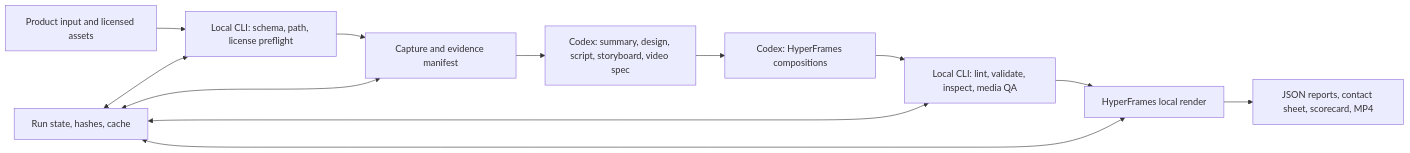
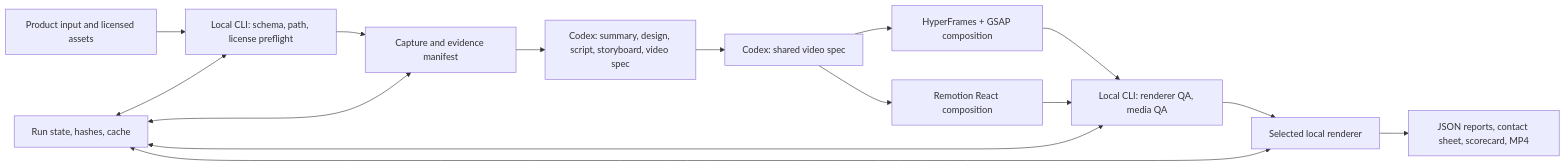
One commit to yangjing6213-dev/Product-video changed the diagram in docs/architecture/MVP-ARCHITECTURE.md. Above: the diagram before and after it, drawn with Mermaid. The commit also changed other lines of this file and 73 other files, not shown here.

Commit message:
feat: add optional Remotion renderer

````diff
--- a/docs/architecture/MVP-ARCHITECTURE.md
+++ b/docs/architecture/MVP-ARCHITECTURE.md
@@ -7,14 +7,17 @@
 ```mermaid
 flowchart LR
   I[Product input and licensed assets] --> V[Local CLI: schema, path, license preflight]
   V --> C[Capture and evidence manifest]
   C --> A[Codex: summary, design, script, storyboard, video spec]
-  A --> H[Codex: HyperFrames compositions]
-  H --> Q[Local CLI: lint, validate, inspect, media QA]
-  Q --> R[HyperFrames local render]
+  A --> H[Codex: shared video spec]
+  H --> HF[HyperFrames + GSAP composition]
+  H --> RM[Remotion React composition]
+  HF --> Q[Local CLI: renderer QA, media QA]
+  RM --> Q
+  Q --> R[Selected local renderer]
   R --> E[JSON reports, contact sheet, scorecard, MP4]
   S[Run state, hashes, cache] <--> V
   S <--> C
   S <--> Q
   S <--> R
 ```
````
